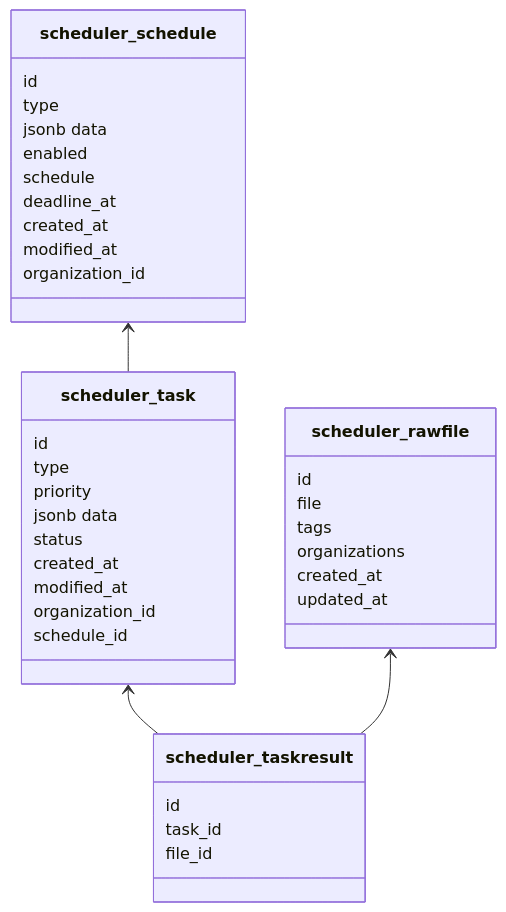
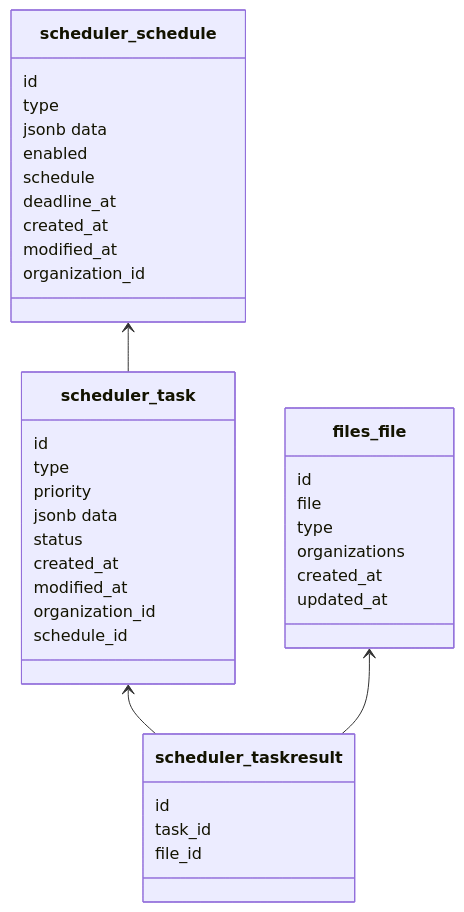
One commit to minvws/nl-kat-coordination changed the second of 6 diagrams in rfd/0005-raw-storage.md. Above: the diagram before and after it, drawn with Mermaid. The commit also changed other lines of this file and 71 other files, not shown here.

````diff
--- a/rfd/0005-raw-storage.md
+++ b/rfd/0005-raw-storage.md
@@ -107,44 +108,44 @@
 ```mermaid
 classDiagram
   direction BT
 
   class scheduler_schedule {
     id
     type
     jsonb data
     enabled
     schedule
     deadline_at
     created_at
     modified_at
     organization_id
   }
   class scheduler_task {
     id
     type
     priority
     jsonb data
     status
     created_at
     modified_at
     organization_id
     schedule_id
   }
   class scheduler_taskresult {
     id
     task_id
     file_id
   }
-  class scheduler_rawfile {
+  class files_file {
     id
     file
-    tags
+    type
     organizations
     created_at
     updated_at
   }
 
   scheduler_task  -->  scheduler_schedule
   scheduler_taskresult  -->  scheduler_task
-  scheduler_taskresult  -->  scheduler_rawfile
+  scheduler_taskresult  -->  files_file
 ```
````
